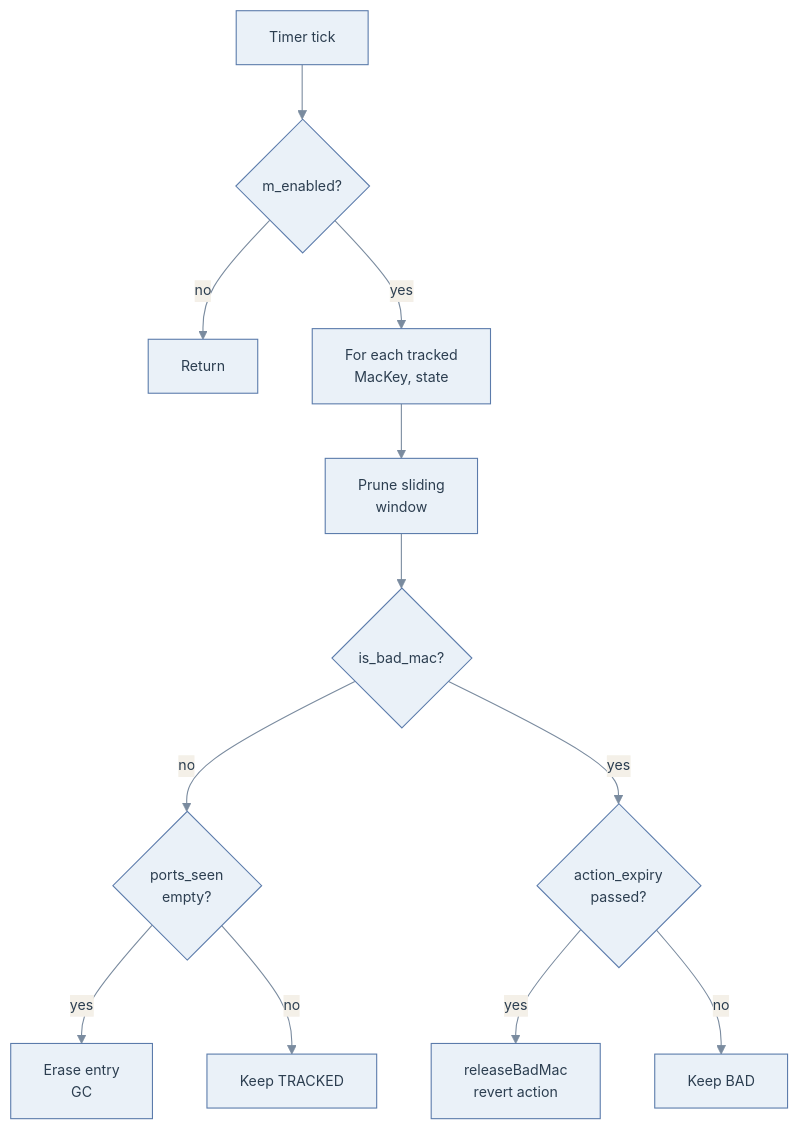
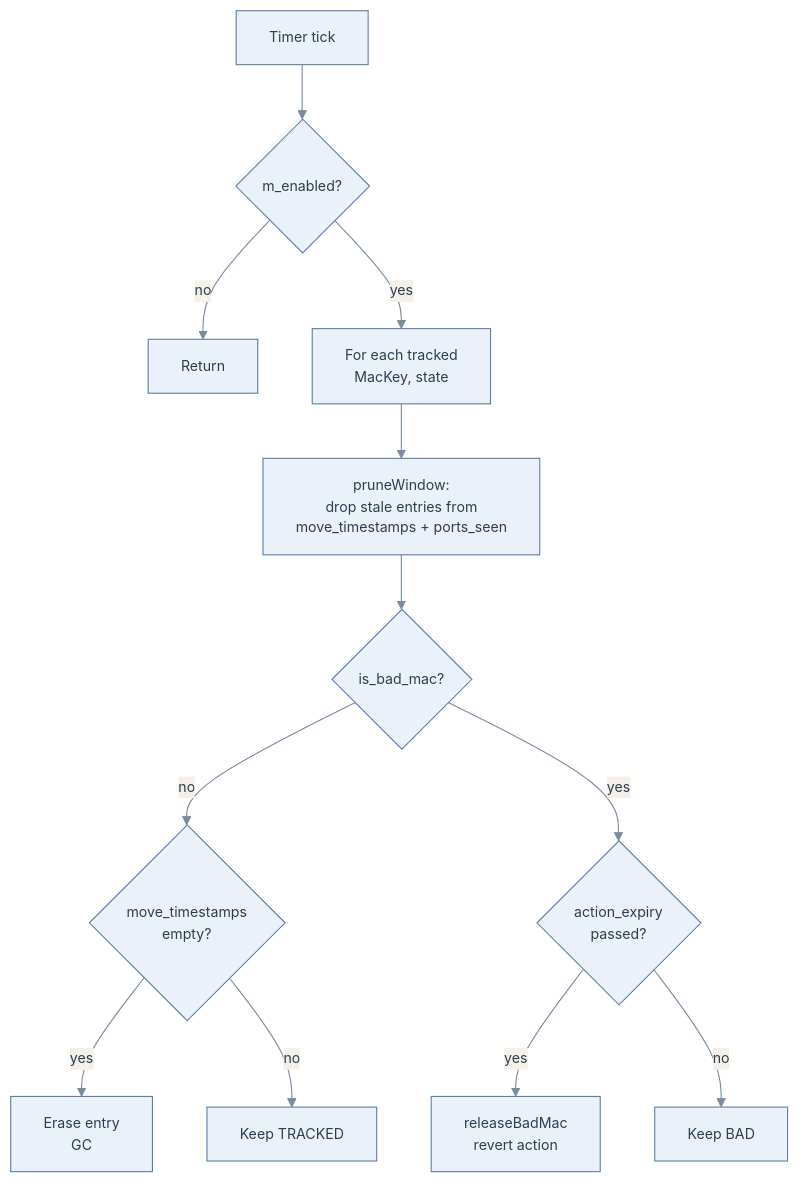
Before and after one commit to sonic-net/SONiC: the sixth of 7 diagrams in doc/mac_move_guard/MAC_MOVE_GUARD_HLD.md, drawn with Mermaid. The commit also changed other lines of this file, not shown here.

````diff
--- a/doc/mac_move_guard/MAC_MOVE_GUARD_HLD.md
+++ b/doc/mac_move_guard/MAC_MOVE_GUARD_HLD.md
@@ -298,15 +298,15 @@
 ```mermaid
 %%{init: {'theme':'base','themeVariables':{'primaryColor':'#EAF1F8','primaryBorderColor':'#5B7BAB','primaryTextColor':'#2C3E50','lineColor':'#7A8B9F','secondaryColor':'#F4F0E8','tertiaryColor':'#F9FAFC','fontSize':'13px'},'flowchart':{'useMaxWidth':false}}}%%
 flowchart TD
     A[Timer tick] --> B{m_enabled?}
     B -->|no| R[Return]
     B -->|yes| C[For each tracked<br/>MacKey, state]
-    C --> D[Prune sliding<br/>window]
+    C --> D[pruneWindow:<br/>drop stale entries from<br/>move_timestamps + ports_seen]
     D --> E{is_bad_mac?}
-    E -->|no| F{ports_seen<br/>empty?}
+    E -->|no| F{move_timestamps<br/>empty?}
     F -->|yes| G[Erase entry<br/>GC]
     F -->|no| H[Keep TRACKED]
     E -->|yes| I{action_expiry<br/>passed?}
     I -->|yes| J[releaseBadMac<br/>revert action]
     I -->|no| K[Keep BAD]
 ```
````
